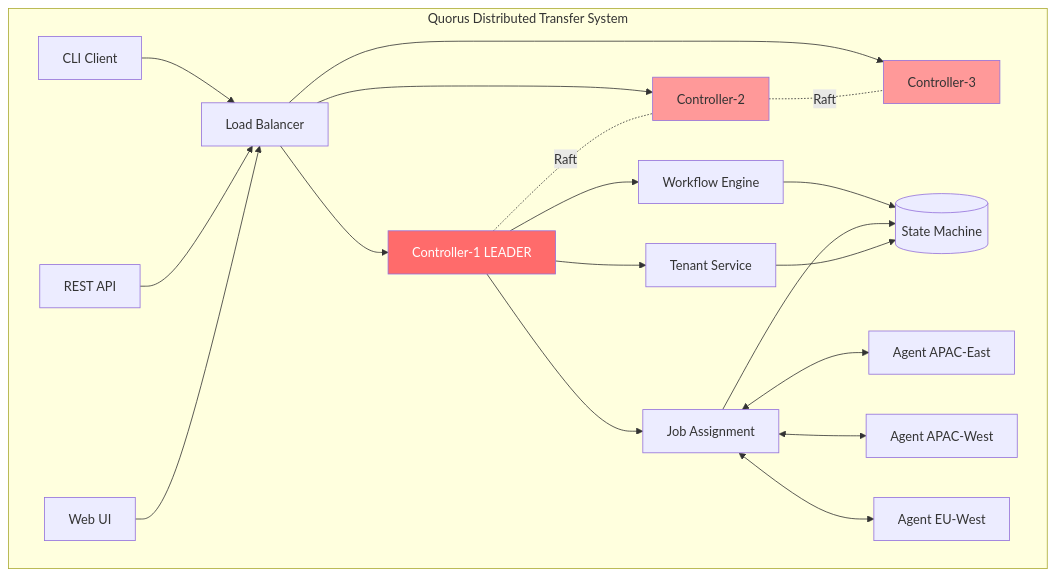
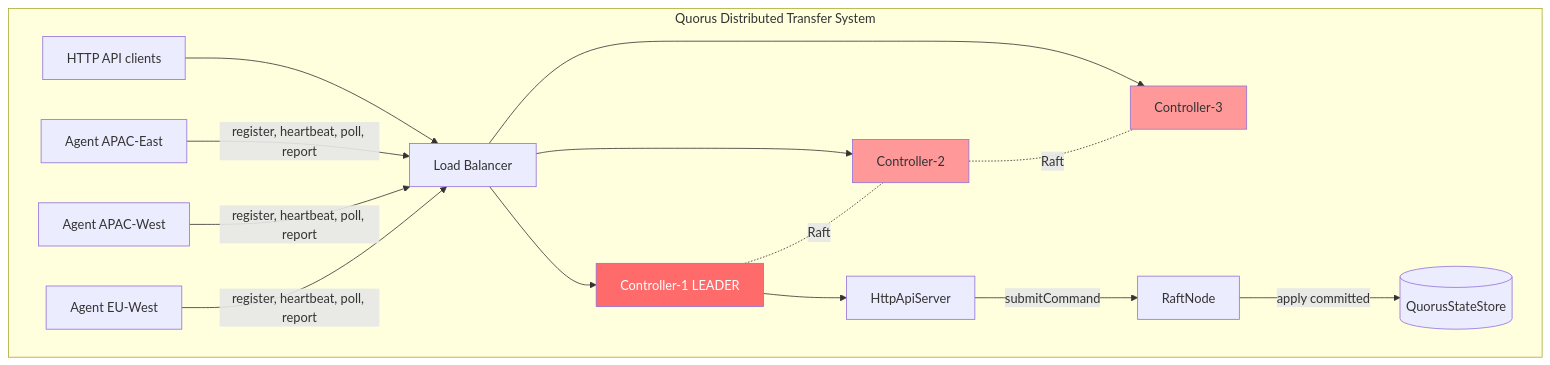
One commit to mraysmit/quorus changed the first of 11 diagrams in docs-design/design/QUORUS_SYSTEM_DESIGN.md. Above: the diagram before and after it, drawn with Mermaid. The commit also changed other lines of this file and 50 other files, not shown here.

````diff
--- a/docs-design/design/QUORUS_SYSTEM_DESIGN.md
+++ b/docs-design/design/QUORUS_SYSTEM_DESIGN.md
@@ -449,17 +384,18 @@
 ```mermaid
 flowchart TD
     subgraph System[Quorus Distributed Transfer System]
-        CLI[CLI Client] & API[REST API] & WEB[Web UI] --> LB[Load Balancer]
+        CL[HTTP API clients] --> LB[Load Balancer]
         LB --> C1[Controller-1 LEADER]
         LB --> C2[Controller-2]
         LB --> C3[Controller-3]
         C1 -.Raft.- C2 -.Raft.- C3
-        C1 --> WF[Workflow Engine] & JA[Job Assignment] & TS[Tenant Service]
-        WF & JA & TS --> SM[(State Machine)]
-        JA <--> AE[Agent APAC-East] & AW[Agent APAC-West] & EU[Agent EU-West]
+        C1 --> API[HttpApiServer]
+        API -->|submitCommand| RN[RaftNode]
+        RN -->|apply committed| SM[(QuorusStateStore)]
+        AE[Agent APAC-East] & AW[Agent APAC-West] & EU[Agent EU-West] -->|register, heartbeat, poll, report| LB
     end
 
     style C1 fill:#ff6b6b,color:#fff
     style C2 fill:#ff9999
     style C3 fill:#ff9999
 ```
````
